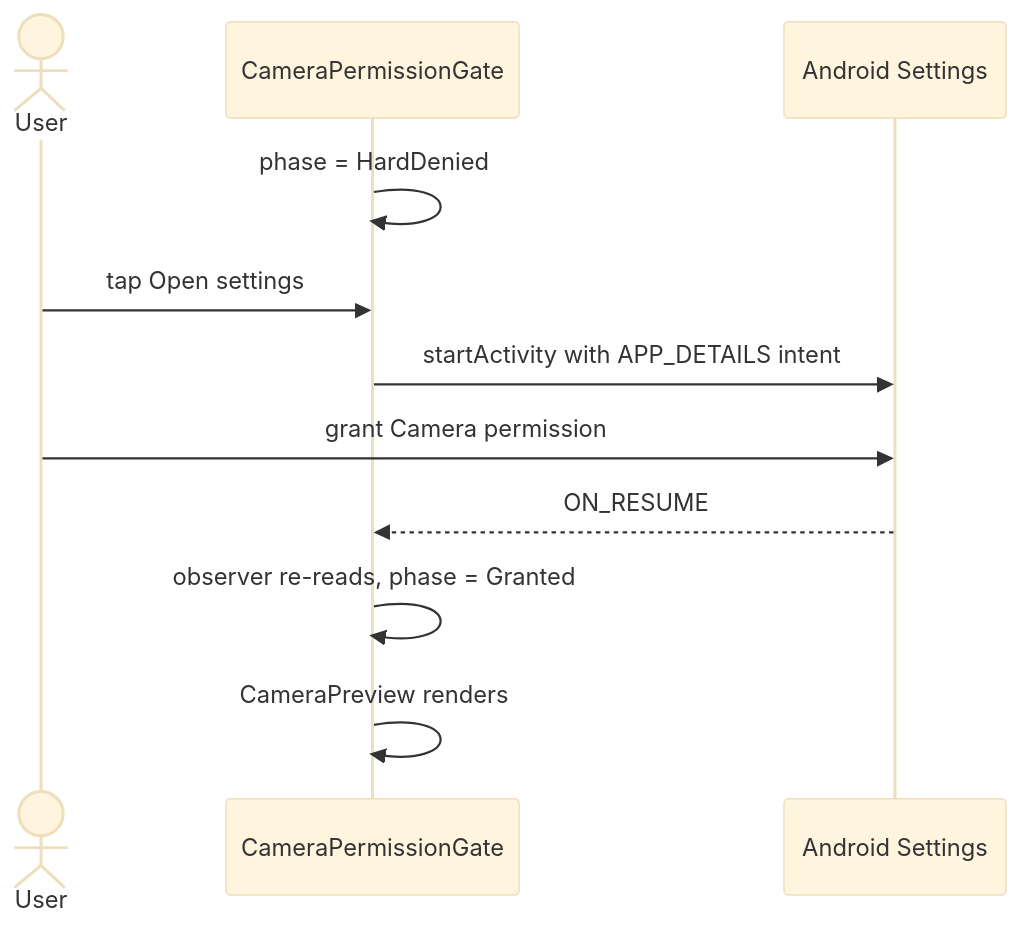
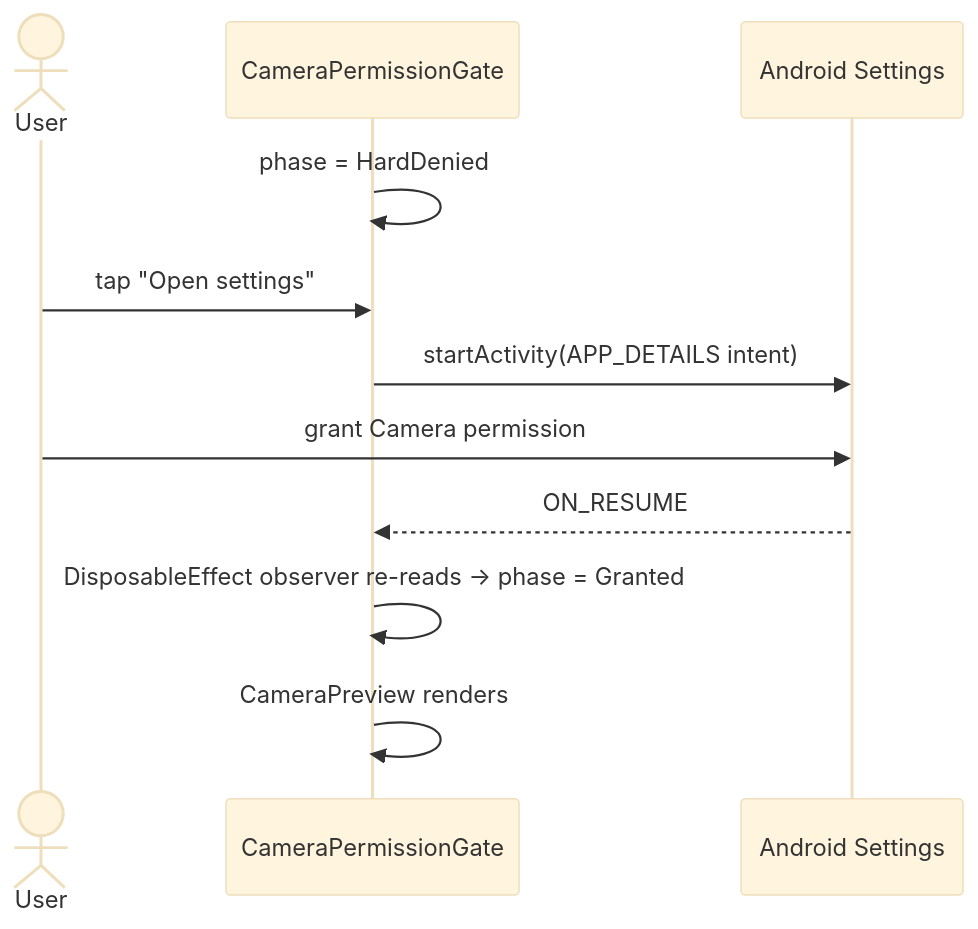
Before and after one commit to DocGerd/pantry-tracker: the third of 5 diagrams in docs/architecture/06-runtime-view.md, drawn with Mermaid (base theme). The commit also changed other lines of this file, not shown here.

First line of the commit message:
docs(223): restore rich method(args) labels in 06 sequence diagrams

````diff
--- a/docs/architecture/06-runtime-view.md
+++ b/docs/architecture/06-runtime-view.md
@@ -95,13 +95,13 @@
 ```mermaid
 sequenceDiagram
     actor User
     participant Gate as CameraPermissionGate
     participant Settings as Android Settings
     Gate->>Gate: phase = HardDenied
-    User->>Gate: tap Open settings
-    Gate->>Settings: startActivity with APP_DETAILS intent
+    User->>Gate: tap "Open settings"
+    Gate->>Settings: startActivity(APP_DETAILS intent)
     User->>Settings: grant Camera permission
     Settings-->>Gate: ON_RESUME
-    Gate->>Gate: observer re-reads, phase = Granted
+    Gate->>Gate: DisposableEffect observer re-reads → phase = Granted
     Gate->>Gate: CameraPreview renders
 ```
````
